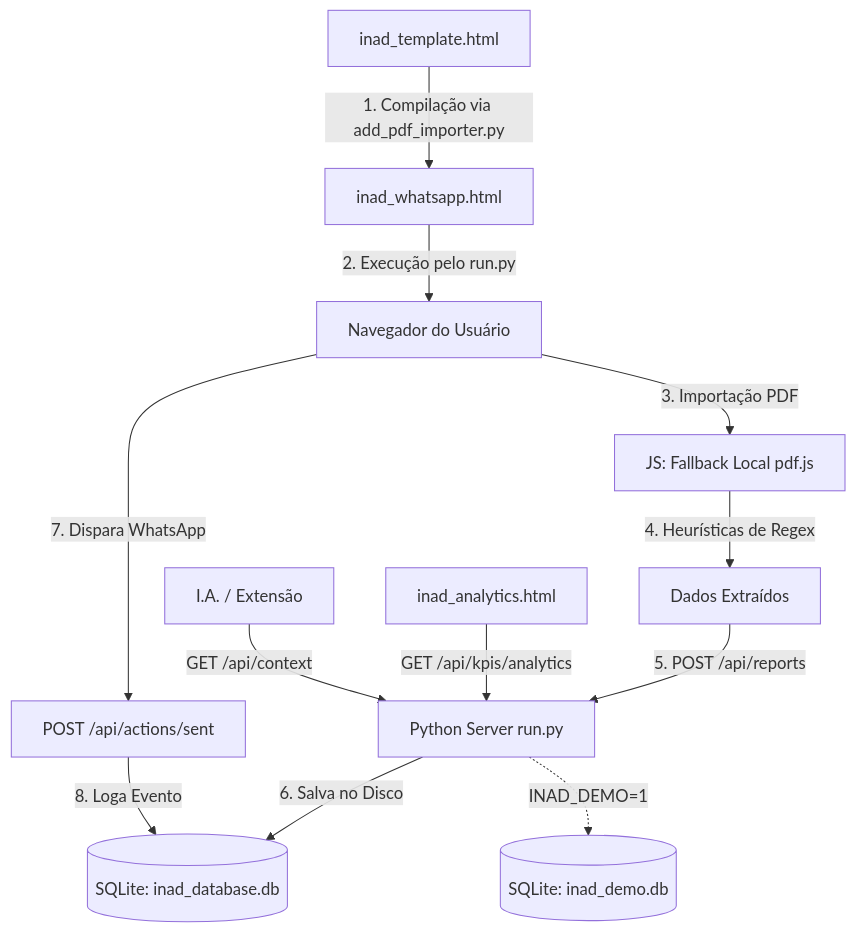
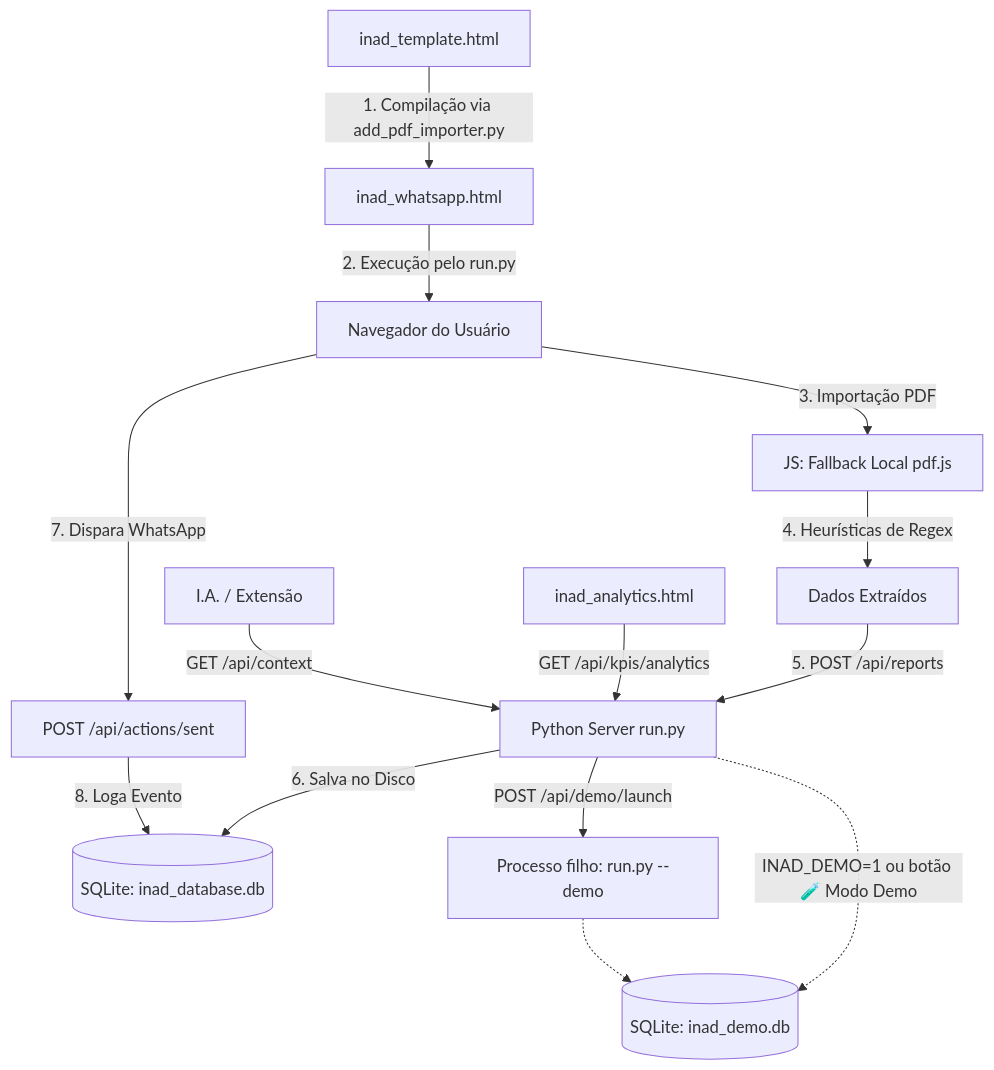
One commit to Dimasaas/INAD-Cobranca changed the diagram in AI_CONTEXT.md. Above: the diagram before and after it, drawn with Mermaid. The commit also changed other lines of this file and 5 other files, not shown here.

First line of the commit message:
feat: Botão de um clique para o Modo Demo (POST /api/demo/launch)

````diff
--- a/AI_CONTEXT.md
+++ b/AI_CONTEXT.md
@@ -19,14 +19,16 @@
 ```mermaid
 graph TD
     A[inad_template.html] -->|1. Compilação via add_pdf_importer.py| B[inad_whatsapp.html]
     B -->|2. Execução pelo run.py| C[Navegador do Usuário]
     C -->|3. Importação PDF| D[JS: Fallback Local pdf.js]
     D -->|4. Heurísticas de Regex| E[Dados Extraídos]
     E -->|5. POST /api/reports| F[Python Server run.py]
     F -->|6. Salva no Disco| G[(SQLite: inad_database.db)]
-    F -.->|INAD_DEMO=1| G2[(SQLite: inad_demo.db)]
+    F -.->|INAD_DEMO=1 ou botão 🧪 Modo Demo| G2[(SQLite: inad_demo.db)]
+    F -->|POST /api/demo/launch| F2[Processo filho: run.py --demo]
+    F2 -.-> G2
     C -->|7. Dispara WhatsApp| H[POST /api/actions/sent]
     H -->|8. Loga Evento| G
     N[inad_analytics.html] -->|GET /api/kpis/analytics| F
     I[I.A. / Extensão] -->|GET /api/context| F
 ```
````
